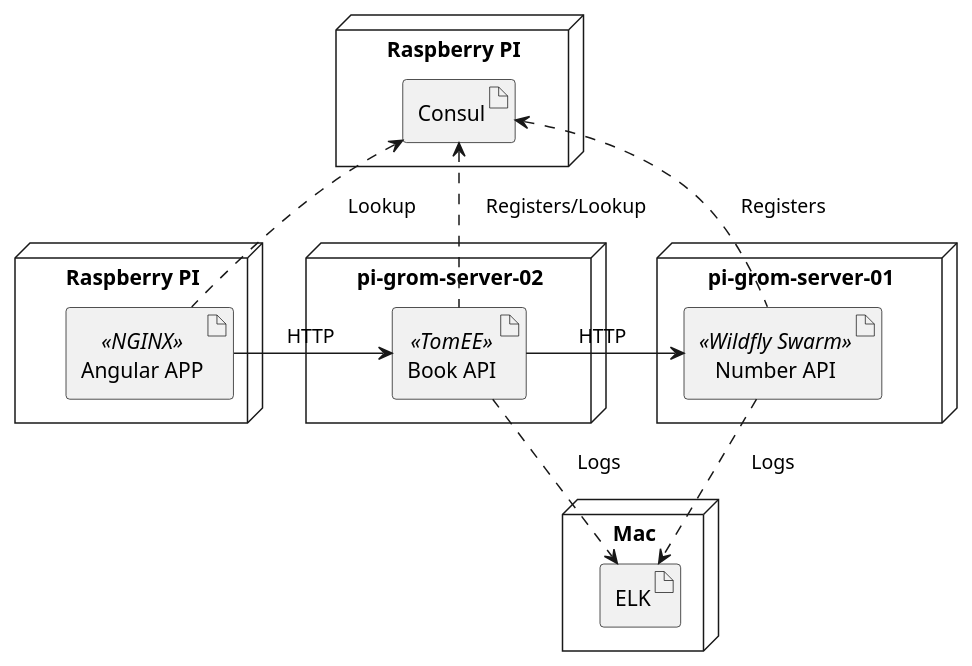
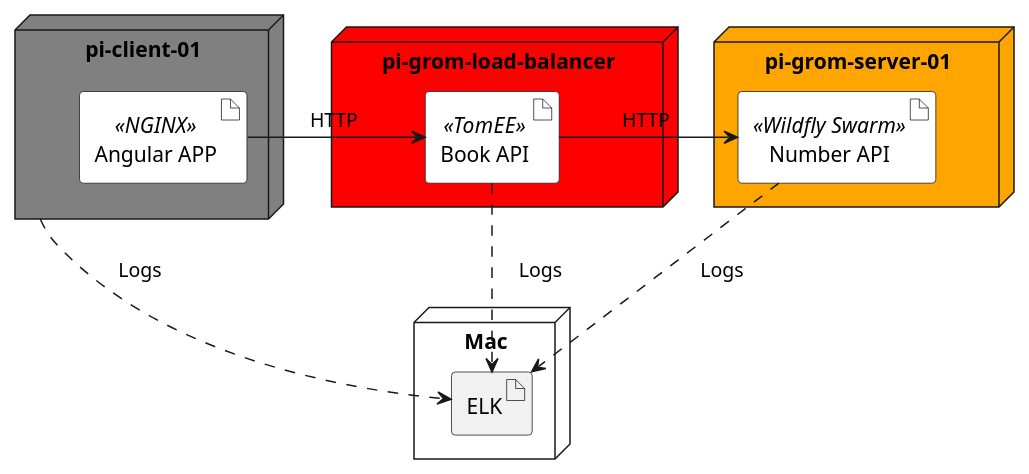
Before and after one commit to agoncal/baking-microservice-pie: the diagram in slides/src/main/plantuml/configuring-architecture.puml, drawn with PlantUML. The commit also changed 2 other files, not shown here.

```diff
--- a/slides/src/main/plantuml/configuring-architecture.puml
+++ b/slides/src/main/plantuml/configuring-architecture.puml
@@ -1,30 +1,24 @@
 @startuml
 
-node "Raspberry PI" as piclient {
-    artifact "Angular APP" <<NGINX>> as angular
+node "pi-client-01" as piclient #grey {
+    artifact "Angular APP" <<NGINX>> as angular #white
 }
 
-node "pi-grom-server-01" as piserver {
-    artifact "Number API" <<Wildfly Swarm>> as numberapi
+node "pi-grom-server-01" as piserver #orange {
+    artifact "Number API" <<Wildfly Swarm>> as numberapi #white
 }
 
-node "pi-grom-server-02" as piserver2 {
-    artifact "Book API" <<TomEE>> as bookapi
-}
-
-node "Raspberry PI" as piregistry {
-    artifact "Consul" as registry
+node "pi-grom-load-balancer" as piserver2 #red {
+    artifact "Book API" <<TomEE>> as bookapi #white
 }
 
 node "Mac" as mac {
     artifact "ELK" as elk
 }
 
 angular -> bookapi: "     HTTP      "
 bookapi -> numberapi: "     HTTP      "
 bookapi -.> elk: "     Logs      "
 numberapi -.> elk: "     Logs      "
-numberapi -up.> registry: "     Registers      "
-bookapi -up.> registry: "     Registers/Lookup      "
-angular -up.> registry: "     Lookup      "
+piclient -.> elk: "     Logs      "
 @enduml
```
